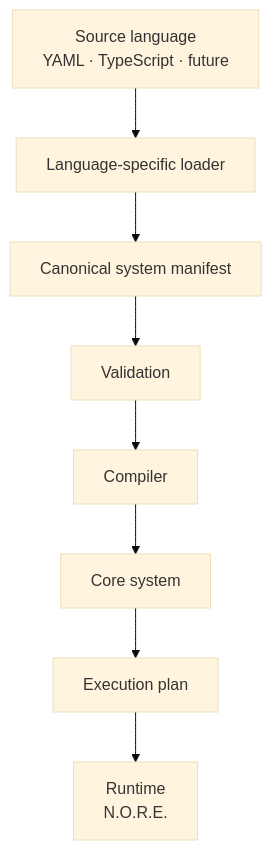
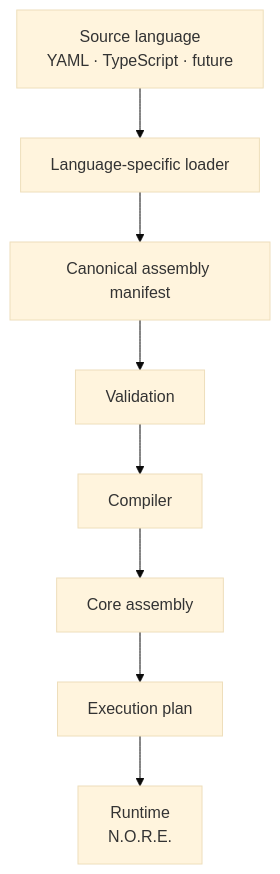
One commit to neuron-runtime/neuron changed the first of 7 diagrams in docs/ARCHITECTURE.md. Above: the diagram before and after it, drawn with Mermaid (base theme). The commit also changed other lines of this file and 119 other files, not shown here.

````diff
--- a/docs/ARCHITECTURE.md
+++ b/docs/ARCHITECTURE.md
@@ -56,10 +56,10 @@
 ```mermaid
 flowchart TB
     A[Source language<br/>YAML · TypeScript · future] --> B[Language-specific loader]
-    B --> C[Canonical system manifest]
+    B --> C[Canonical assembly manifest]
     C --> D[Validation]
     D --> E[Compiler]
-    E --> F[Core system]
+    E --> F[Core assembly]
     F --> G[Execution plan]
     G --> H[Runtime<br/>N.O.R.E.]
 ```
````
